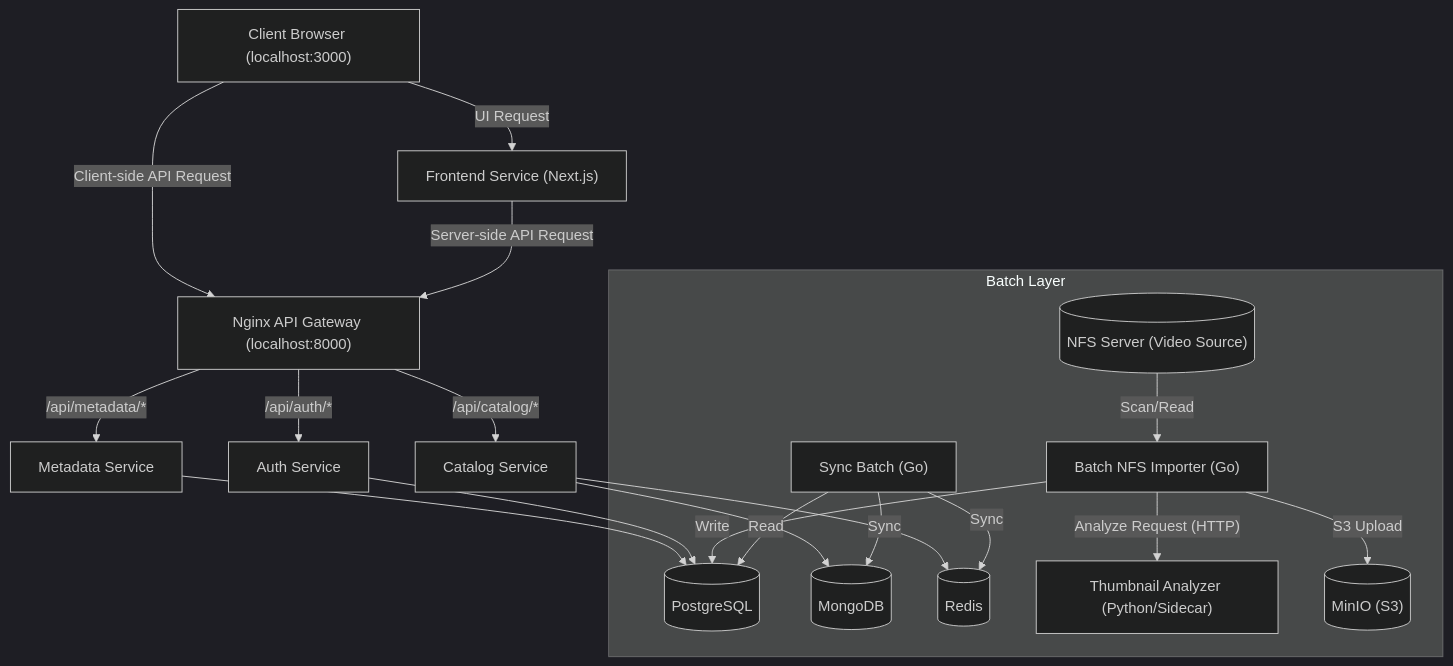
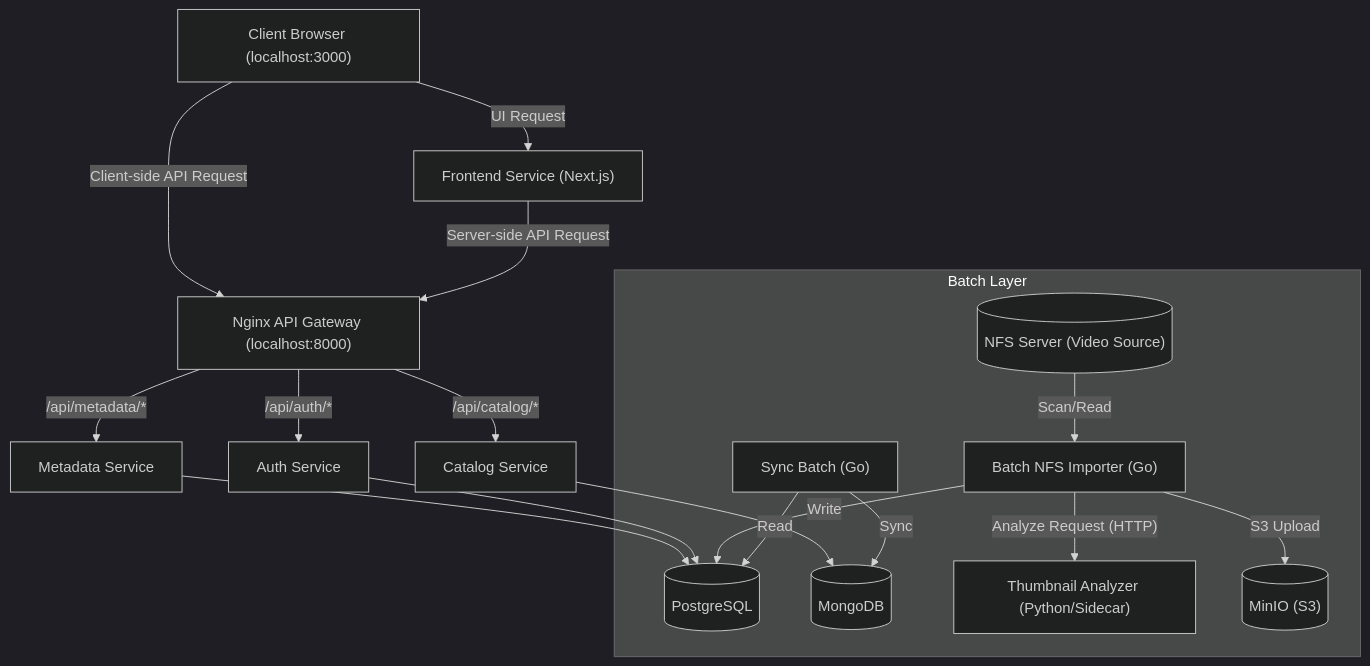
Before and after one commit to k-wa-wa/pechka: the diagram in stream/docs/002_architecture.md, drawn with Mermaid (dark theme). The commit also changed other lines of this file and 20 other files, not shown here.

````diff
--- a/stream/docs/002_architecture.md
+++ b/stream/docs/002_architecture.md
@@ -10,42 +10,39 @@
 ```mermaid
 graph TD
     Client["Client Browser (localhost:3000)"]
     Gateway["Nginx API Gateway (localhost:8000)"]
     Frontend["Frontend Service (Next.js)"]
     Catalog["Catalog Service"]
     Metadata["Metadata Service"]
     Auth["Auth Service"]
     
     DB_PG[("PostgreSQL")]
     DB_Mongo[("MongoDB")]
-    DB_Redis[("Redis")]
 
     Client -- UI Request --> Frontend
     Client -- Client-side API Request --> Gateway
     Frontend -- Server-side API Request --> Gateway
     
     Gateway -- /api/catalog/* --> Catalog
     Gateway -- /api/metadata/* --> Metadata
     Gateway -- /api/auth/* --> Auth
     
     Catalog --> DB_Mongo
-    Catalog --> DB_Redis
     Metadata --> DB_PG
     Auth --> DB_PG
 
     subgraph Batch Layer
         NFS[("NFS Server (Video Source)")]
         Importer["Batch NFS Importer (Go)"]
         Analyzer["Thumbnail Analyzer (Python/Sidecar)"]
         SyncBatch["Sync Batch (Go)"]
         
         NFS -- Scan/Read --> Importer
         Importer -- Analyze Request (HTTP) --> Analyzer
         Importer -- S3 Upload --> MinIO[("MinIO (S3)")]
         Importer -- Write --> DB_PG
         
         SyncBatch -- Read --> DB_PG
         SyncBatch -- Sync --> DB_Mongo
-        SyncBatch -- Sync --> DB_Redis
     end
 ```
````
